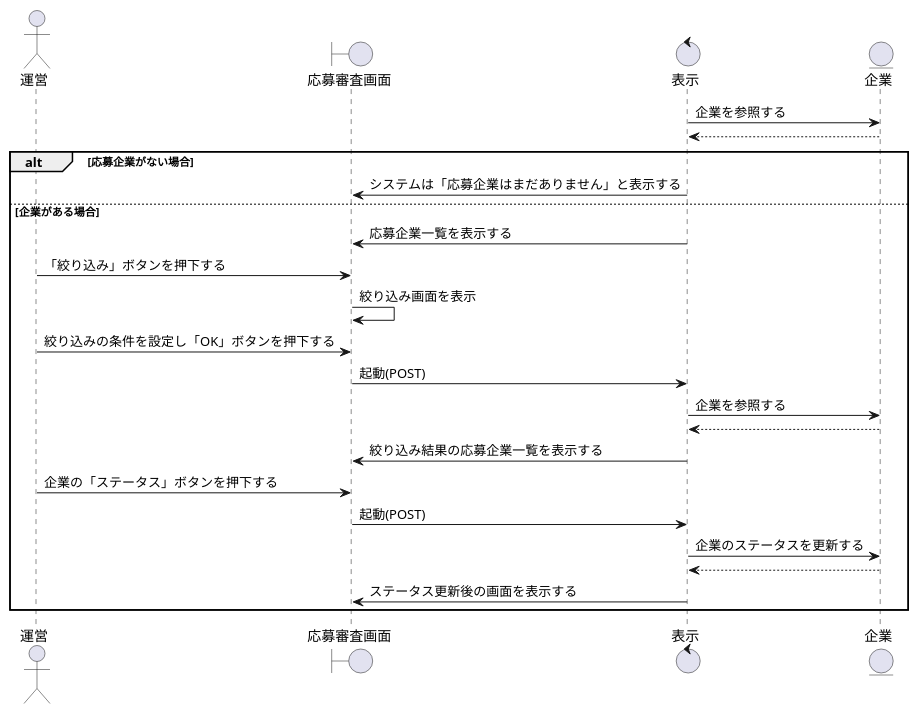
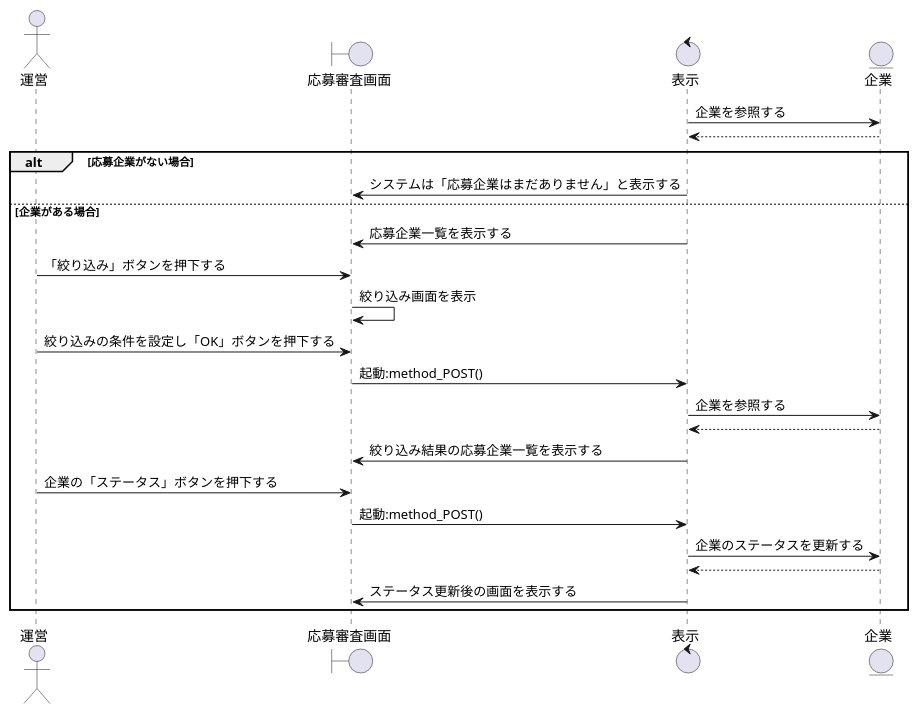
Before and after one commit to irukacb256/high_Me: the diagram in sequence_fig/9_management_fn/1_応募審査をする.pu, drawn with PlantUML. The commit also changed 10 other files, not shown here.

```diff
--- a/sequence_fig/9_management_fn/1_応募審査をする.pu
+++ b/sequence_fig/9_management_fn/1_応募審査をする.pu
@@ -1,42 +1,42 @@
 @startuml 応募審査をする
 
 actor    運営         as mm1
 boundary 応募審査画面  as ap1
 control  表示         as co1
 entity   企業         as cop1
 
 co1 -> cop1 : 企業を参照する
 cop1 --> co1
 
 alt 応募企業がない場合 
     co1 -> ap1 : システムは「応募企業はまだありません」と表示する
 
 else 企業がある場合
     co1 -> ap1 : 応募企業一覧を表示する
     
     mm1 -> ap1 : 「絞り込み」ボタンを押下する
 
     ap1 -> ap1 : 絞り込み画面を表示
 
     mm1 -> ap1 : 絞り込みの条件を設定し「OK」ボタンを押下する
 
-    ap1 -> co1 : 起動(POST)
+    ap1 -> co1 : 起動:method_POST()
 
     co1 -> cop1 : 企業を参照する
     cop1 --> co1
 
     co1 -> ap1 : 絞り込み結果の応募企業一覧を表示する
 
     mm1 -> ap1 : 企業の「ステータス」ボタンを押下する
 
-    ap1 -> co1 : 起動(POST)
+    ap1 -> co1 : 起動:method_POST()
 
     co1 -> cop1 : 企業のステータスを更新する
     cop1 --> co1
 
     co1 -> ap1 : ステータス更新後の画面を表示する
 
 
 end
 
 @enduml
```
